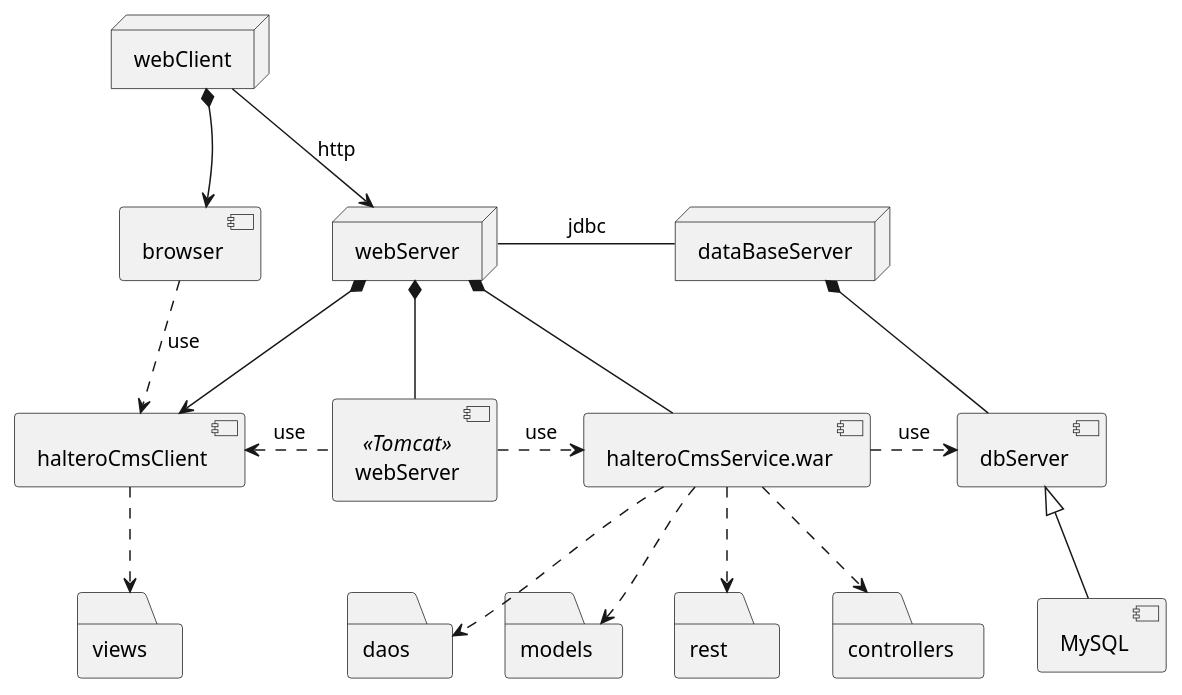
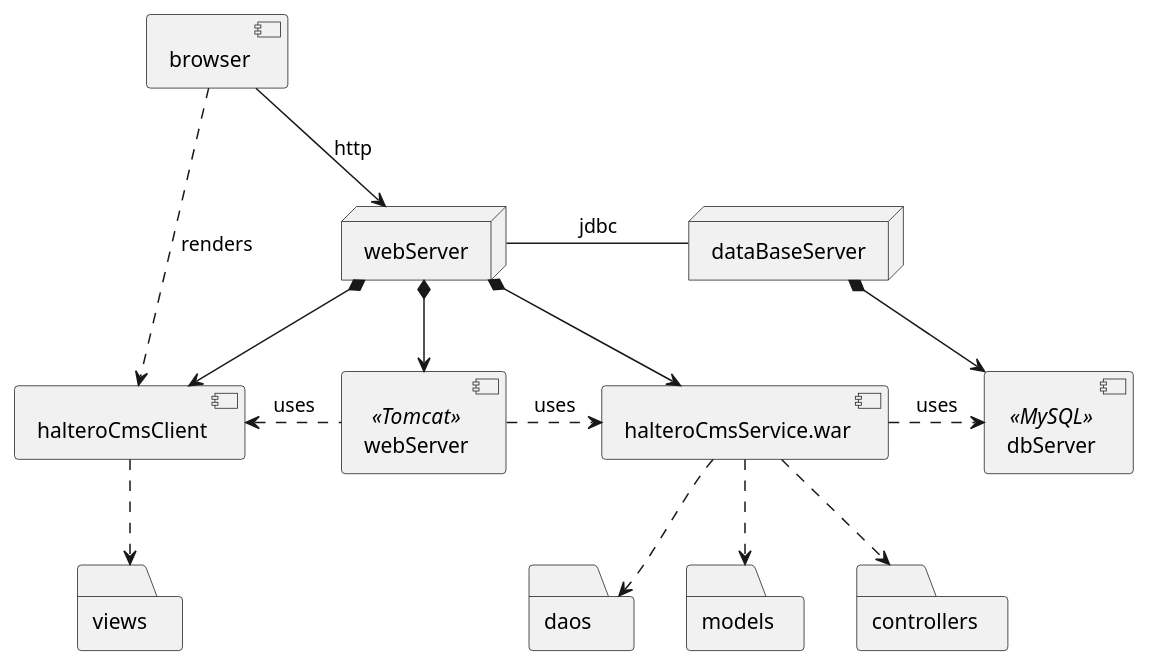
Before and after one commit to zuldare/mastercloud_pfm_halterocms: the diagram in documentation/diagrams/3_design/deployment.puml, drawn with PlantUML.

Commit message:
Fix deployment diagram through tutoring comments

```diff
--- a/documentation/diagrams/3_design/deployment.puml
+++ b/documentation/diagrams/3_design/deployment.puml
@@ -1,49 +1,37 @@
 @startuml
-'REVISAR Y PONER DIRECCIONES EN LAS FLECHAS
-'OJO CON LOS NOMBRES
-' TENEMOS QUE REVISARLO MAS CONCIENZUDAMENTE
 
-
-node webClient
 node webServer
 node dataBaseServer
 component browser
 component halteroCmsClient
 component "webServer" <<Tomcat>> as webServerComponent
 
 component halteroCmsService.war
-component dbServer
-component MySQL
+component dbServer <<MySQL>>
 
 folder views
 
-folder rest
 folder controllers
 folder daos
 folder models
 
-webClient -r-> webServer : http
-webClient -[hidden]- browser
+browser --> webServer : http
 webServer *-d-> halteroCmsClient
 
+webServer -r- dataBaseServer : jdbc
+webServer *--> webServerComponent
+webServerComponent .r.> halteroCmsService.war : uses
+webServer *--> halteroCmsService.war
 
-webClient *--> browser
-webServer -r- dataBaseServer : jdbc
-webServer *-- webServerComponent
-webServerComponent .r.> halteroCmsService.war : use
-webServer *-- halteroCmsService.war
+dataBaseServer *--> dbServer
 
-dataBaseServer *-- dbServer
-dbServer <|-- MySQL
+browser ..> halteroCmsClient : renders
+halteroCmsClient <.r. webServerComponent : uses
+halteroCmsClient ..> views
+halteroCmsService.war .r.> dbServer : uses
 
-browser ..> halteroCmsClient : use
-halteroCmsClient <.r. webServerComponent : use
-halteroCmsClient ..> views
-halteroCmsService.war .r.> dbServer : use
-
-halteroCmsService.war ..> rest
 halteroCmsService.war ..> controllers
 halteroCmsService.war ..> daos
 halteroCmsService.war ..> models
 
 @enduml
```
